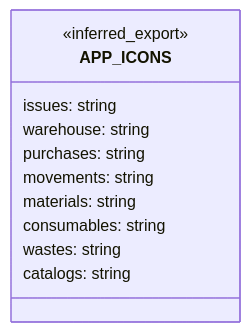
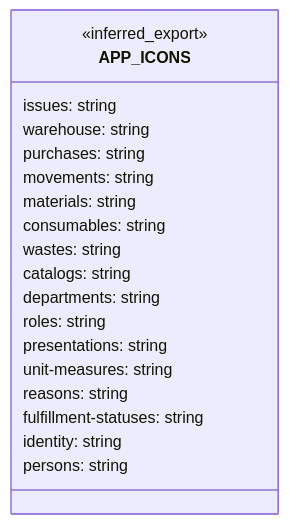
Before and after one commit to gpgsistemas01/nexus: diagram 18 of 23 in front/docs/architecture/views/logical/type-reference/app.md, drawn with Mermaid. The commit also changed other lines of this file and 37 other files, not shown here.

Commit message:
docs: depurar diagramas y conservar contratos propios del frontend

````diff
--- a/front/docs/architecture/views/logical/type-reference/app.md
+++ b/front/docs/architecture/views/logical/type-reference/app.md
@@ -521,15 +477,23 @@
 ```mermaid
 classDiagram
-    direction TB
+    direction LR
     class Subject["APP_ICONS"] {
         <<inferred_export>>
         issues: string
         warehouse: string
         purchases: string
         movements: string
         materials: string
         consumables: string
         wastes: string
         catalogs: string
+        departments: string
+        roles: string
+        presentations: string
+        unit-measures: string
+        reasons: string
+        fulfillment-statuses: string
+        identity: string
+        persons: string
     }
 ```
````
